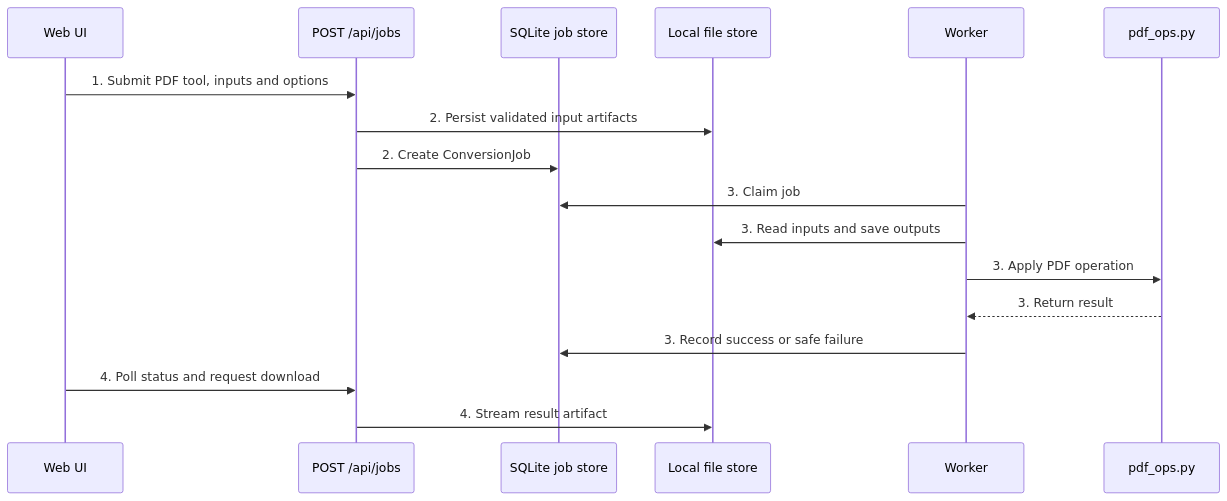
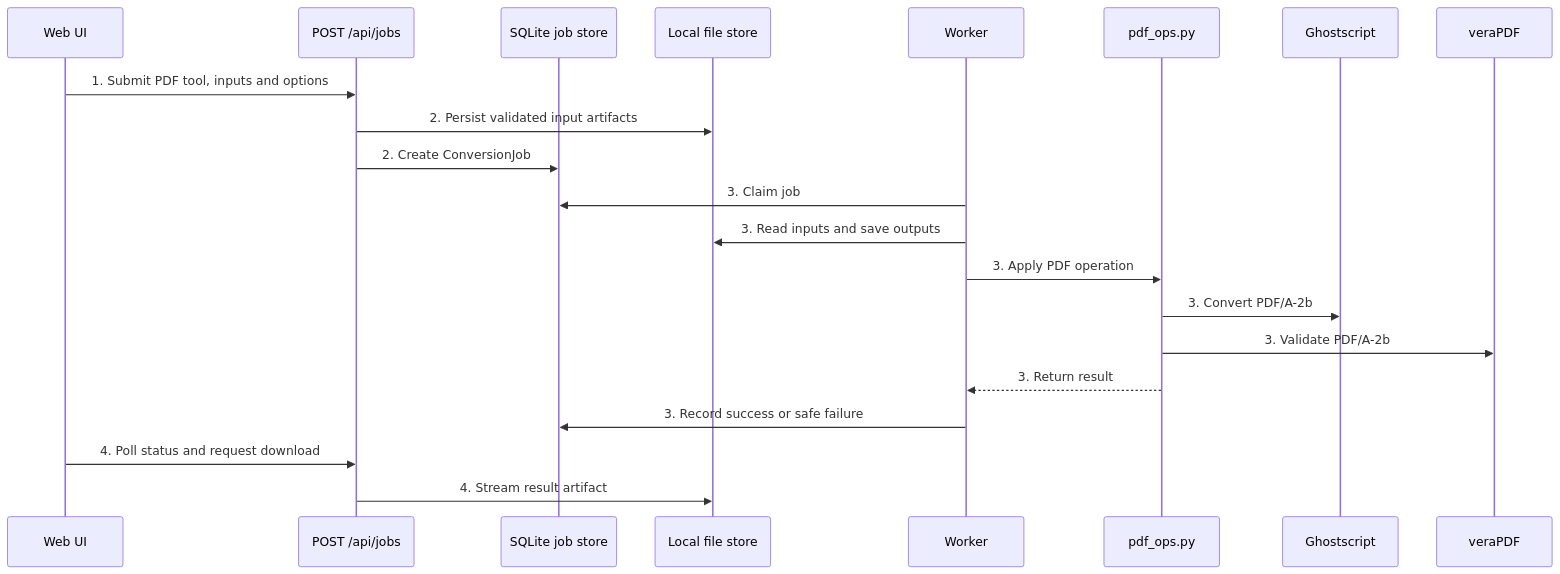
Before and after one commit to paladini/i-love-open-converter: the first of 2 diagrams in .specs/features/pdf-organization-editing-security/plan.md, drawn with Mermaid. The commit also changed other lines of this file and 18 other files, not shown here.

````diff
--- a/.specs/features/pdf-organization-editing-security/plan.md
+++ b/.specs/features/pdf-organization-editing-security/plan.md
@@ -23,19 +23,23 @@
 ```mermaid
 sequenceDiagram
     participant U as Web UI
     participant A as POST /api/jobs
     participant D as SQLite job store
     participant F as Local file store
     participant W as Worker
     participant P as pdf_ops.py
+    participant G as Ghostscript
+    participant V as veraPDF
     U->>A: 1. Submit PDF tool, inputs and options
     A->>F: 2. Persist validated input artifacts
     A->>D: 2. Create ConversionJob
     W->>D: 3. Claim job
     W->>F: 3. Read inputs and save outputs
     W->>P: 3. Apply PDF operation
+    P->>G: 3. Convert PDF/A-2b
+    P->>V: 3. Validate PDF/A-2b
     P-->>W: 3. Return result
     W->>D: 3. Record success or safe failure
     U->>A: 4. Poll status and request download
     A->>F: 4. Stream result artifact
 ```
````
